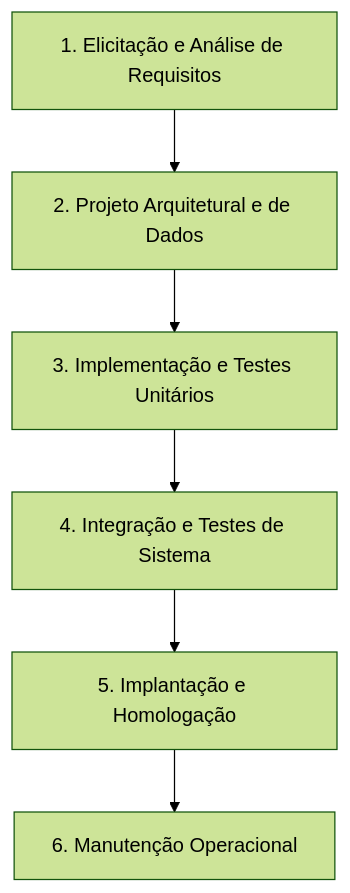
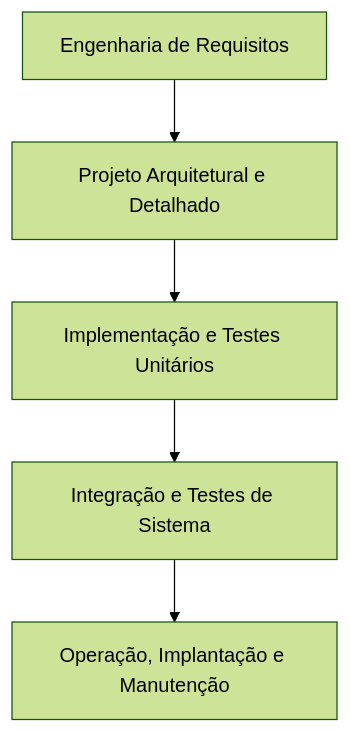
The third of 33 diagrams in 3º Semestre/[Prof. Marcelo Boer] Engenharia de Software I/Resumos-IA/Caderno-Consolidado.md (murilolol/unifef), drawn with Mermaid (forest theme) before and after one commit. The commit also changed other lines of this file and 40 other files, not shown here.

````diff
--- a/3º Semestre/[Prof. Marcelo Boer] Engenharia de Software I/Resumos-IA/Caderno-Consolidado.md
+++ b/3º Semestre/[Prof. Marcelo Boer] Engenharia de Software I/Resumos-IA/Caderno-Consolidado.md
@@ -325,8 +149,7 @@
 ```mermaid
 flowchart TD
-    Req["1. Elicitação e Análise de Requisitos"] --> Proj["2. Projeto Arquitetural e de Dados"]
-    Proj --> Cod["3. Implementação e Testes Unitários"]
-    Cod --> Integ["4. Integração e Testes de Sistema"]
-    Integ --> Imp["5. Implantação e Homologação"]
-    Imp --> Man["6. Manutenção Operacional"]
+    F1["Engenharia de Requisitos"] --> F2["Projeto Arquitetural e Detalhado"]
+    F2 --> F3["Implementação e Testes Unitários"]
+    F3 --> F4["Integração e Testes de Sistema"]
+    F4 --> F5["Operação, Implantação e Manutenção"]
 ```
````
